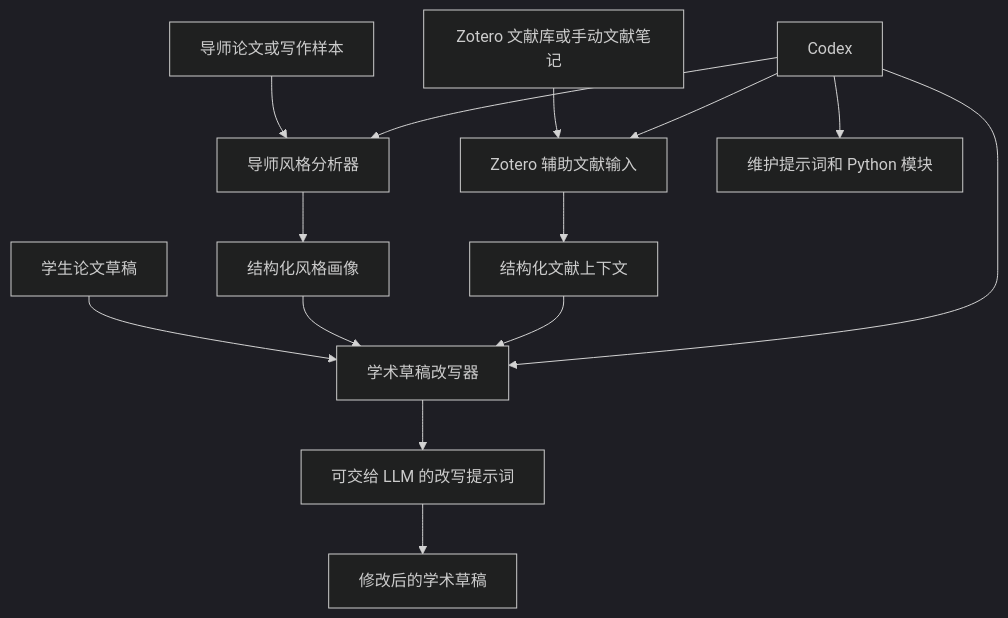
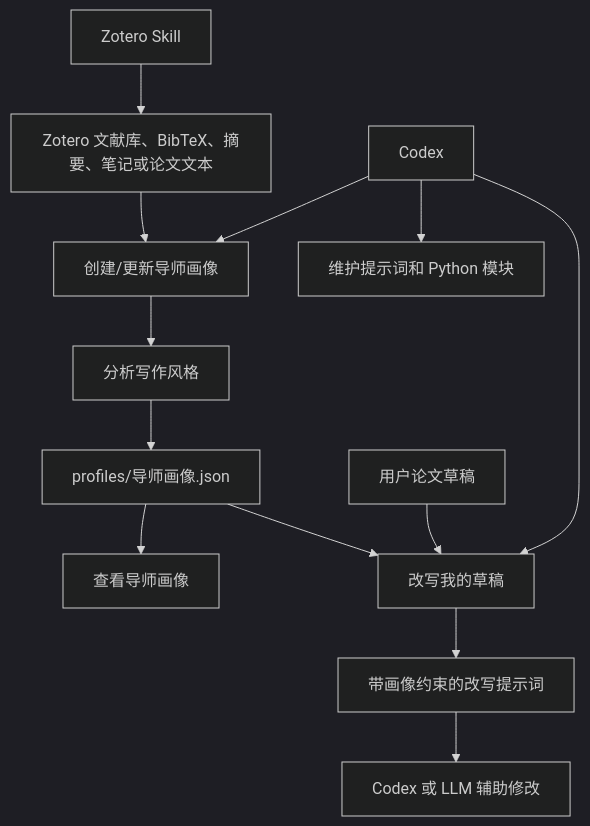
Before and after one commit to CHF-hayden/advisor-style-agent: the second of 2 diagrams in README.md, drawn with Mermaid (dark theme). The commit also changed other lines of this file and 7 other files, not shown here.

````diff
--- a/README.md
+++ b/README.md
@@ -262,20 +272,18 @@
 ```mermaid
 flowchart TD
-    A["导师论文或写作样本"] --> B["导师风格分析器"]
-    B --> C["结构化风格画像"]
+    A["Zotero 文献库、BibTeX、摘要、笔记或论文文本"] --> B["创建/更新导师画像"]
+    B --> C["分析写作风格"]
+    C --> D["profiles/导师画像.json"]
 
-    D["学生论文草稿"] --> E["学术草稿改写器"]
-    C --> E
+    D --> E["查看导师画像"]
+    D --> F["改写我的草稿"]
 
-    F["Zotero 文献库或手动文献笔记"] --> G["Zotero 辅助文献输入"]
-    G --> H["结构化文献上下文"]
-    H --> E
+    G["用户论文草稿"] --> F
+    F --> H["带画像约束的改写提示词"]
+    H --> I["Codex 或 LLM 辅助修改"]
 
-    E --> I["可交给 LLM 的改写提示词"]
-    I --> J["修改后的学术草稿"]
-
+    J["Zotero Skill"] --> A
     K["Codex"] --> B
-    K --> E
-    K --> G
+    K --> F
     K --> L["维护提示词和 Python 模块"]
 ```
````
